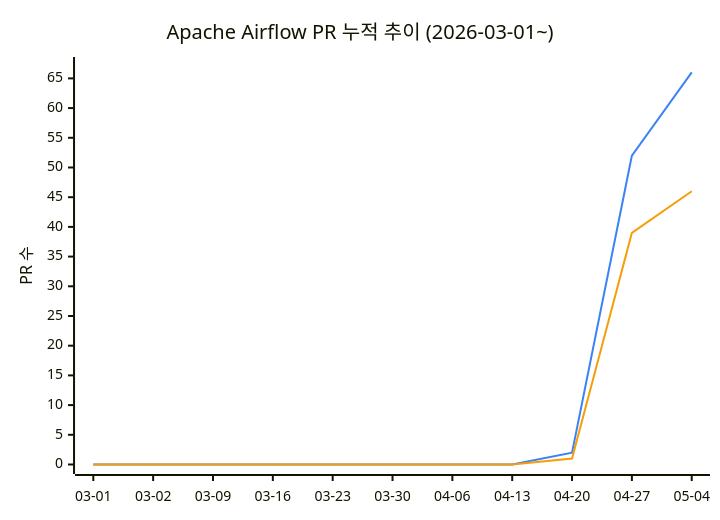
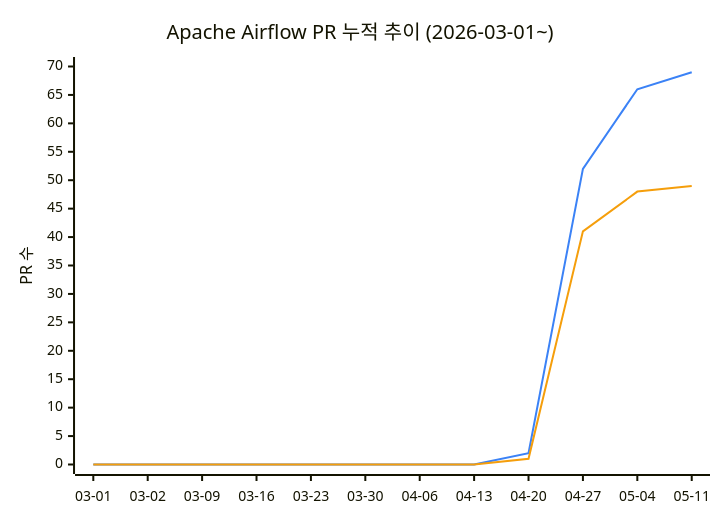
Before and after one commit to AirflowKorea/ossca: the diagram in README.md, drawn with Mermaid. The commit also changed other lines of this file, not shown here.

````diff
--- a/README.md
+++ b/README.md
@@ -11,9 +11,9 @@
 ```mermaid
 %%{init: {"themeVariables": {"xyChart": {"plotColorPalette": "#3b82f6, #f59e0b"}}}}%%
 xychart-beta
     title "Apache Airflow PR 누적 추이 (2026-03-01~)"
-    x-axis ["03-01", "03-02", "03-09", "03-16", "03-23", "03-30", "04-06", "04-13", "04-20", "04-27", "05-04"]
-    y-axis "PR 수" 0 --> 67
-    line [0, 0, 0, 0, 0, 0, 0, 0, 2, 52, 66]
-    line [0, 0, 0, 0, 0, 0, 0, 0, 1, 39, 46]
+    x-axis ["03-01", "03-02", "03-09", "03-16", "03-23", "03-30", "04-06", "04-13", "04-20", "04-27", "05-04", "05-11"]
+    y-axis "PR 수" 0 --> 70
+    line [0, 0, 0, 0, 0, 0, 0, 0, 2, 52, 66, 69]
+    line [0, 0, 0, 0, 0, 0, 0, 0, 1, 41, 48, 49]
 ```
````
